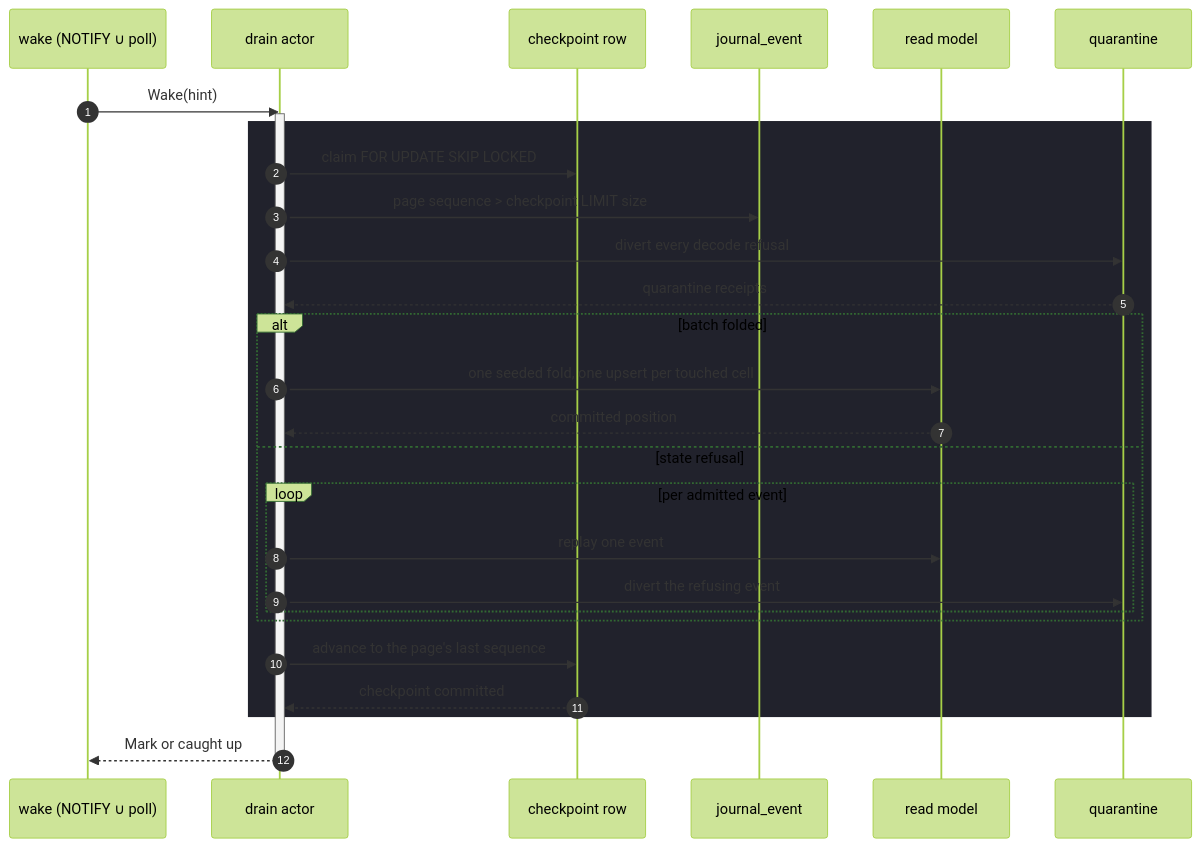
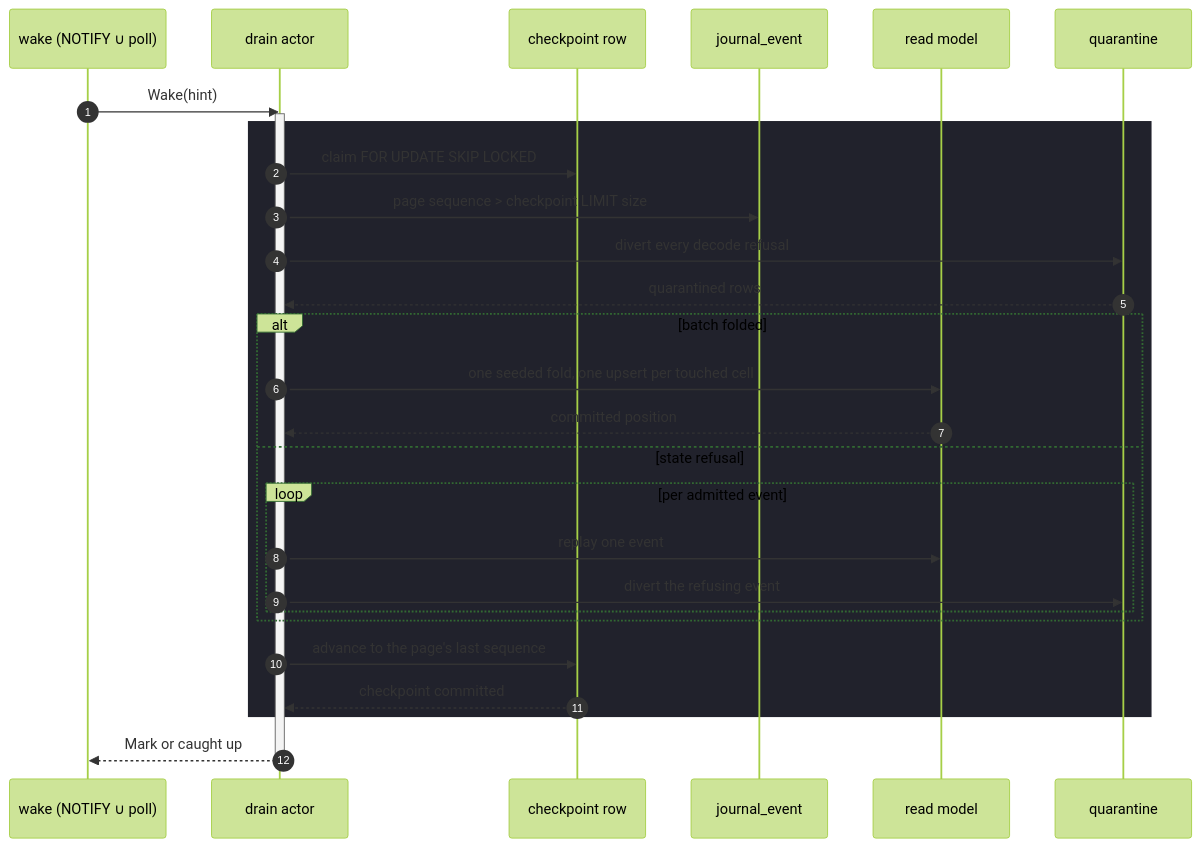
One commit to bsamiee/Rasm changed the diagram in libs/typescript/data/.planning/read/fold.md. Above: the diagram before and after it, drawn with Mermaid (forest theme). The commit also changed other lines of this file and 1417 other files, not shown here.

````diff
--- a/libs/typescript/data/.planning/read/fold.md
+++ b/libs/typescript/data/.planning/read/fold.md
@@ -296,33 +296,33 @@
 ```mermaid
 sequenceDiagram
   accTitle: Projection drain transaction
   accDescr: A wake drives one claimed journal page through fold, quarantine, and checkpoint advancement.
   autonumber
   participant W as wake (NOTIFY ∪ poll)
   participant A as drain actor
   participant C as checkpoint row
   participant J as journal_event
   participant M as read model
   participant Q as quarantine
   W->>A: Wake(hint)
   activate A
   rect rgb(33, 34, 44)
     A->>C: claim FOR UPDATE SKIP LOCKED
     A->>J: page sequence > checkpoint LIMIT size
     A->>Q: divert every decode refusal
-    Q-->>A: quarantine receipts
+    Q-->>A: quarantined rows
     alt batch folded
       A->>M: one seeded fold, one upsert per touched cell
       M-->>A: committed position
     else state refusal
       loop per admitted event
         A->>M: replay one event
         A->>Q: divert the refusing event
       end
     end
     A->>C: advance to the page's last sequence
     C-->>A: checkpoint committed
   end
   A-->>W: Mark or caught up
   deactivate A
 ```
````
